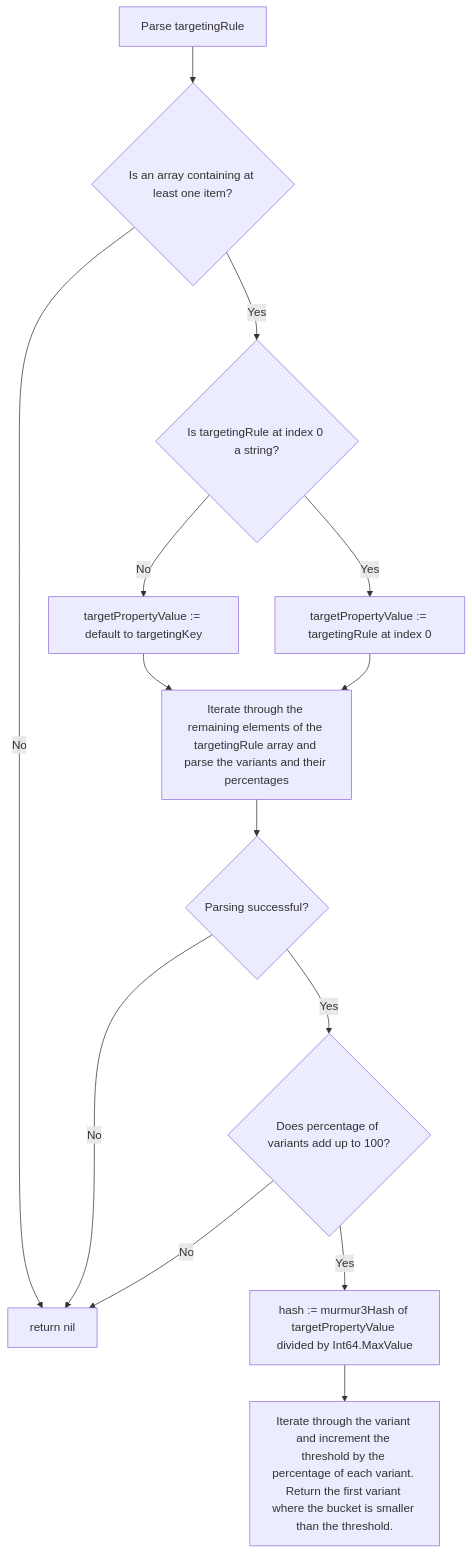
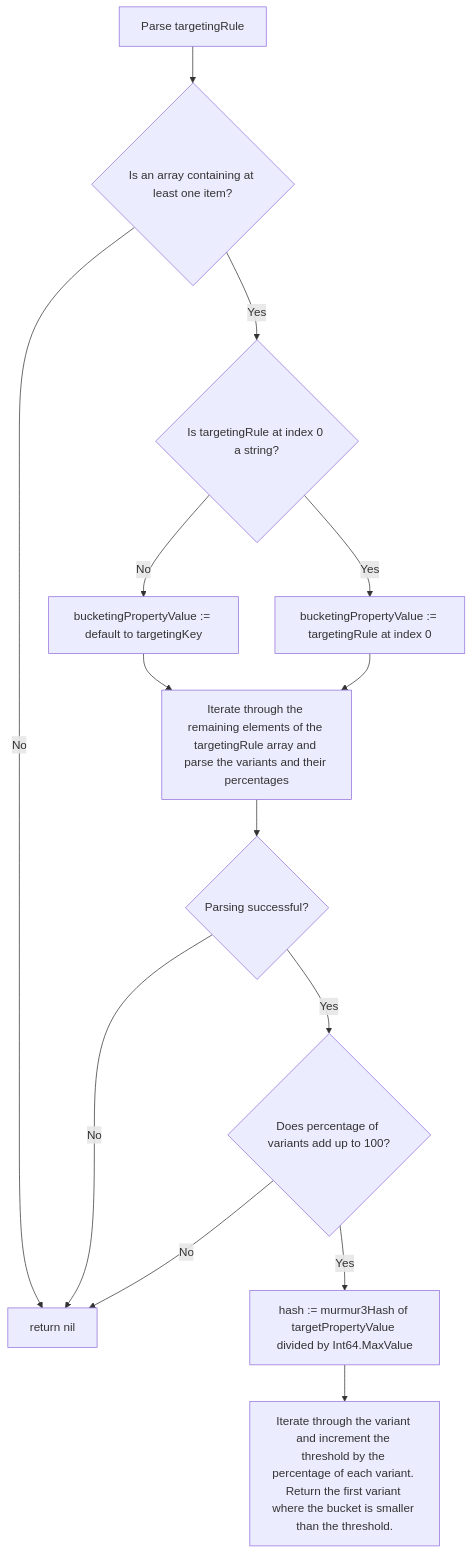
The diagram in docs/other_resources/in-process-providers/evaluators/fractional_evaluation.md (open-feature/flagd), drawn with Mermaid before and after one commit.

````diff
--- a/docs/other_resources/in-process-providers/evaluators/fractional_evaluation.md
+++ b/docs/other_resources/in-process-providers/evaluators/fractional_evaluation.md
@@ -60,16 +60,16 @@
 ```mermaid
 flowchart TD
 A[Parse targetingRule] --> B{Is an array containing at least one item?};
 B -- Yes --> C{Is targetingRule at index 0 a string?};
 B -- No --> D[return nil]
-C -- No --> E[targetPropertyValue := default to targetingKey];
-C -- Yes --> F[targetPropertyValue := targetingRule at index 0];
+C -- No --> E[bucketingPropertyValue := default to targetingKey];
+C -- Yes --> F[bucketingPropertyValue := targetingRule at index 0];
 E --> G[Iterate through the remaining elements of the targetingRule array and parse the variants and their percentages];
 F --> G;
 G --> H{Parsing successful?};
 H -- No --> D;
 H -- Yes --> I{Does percentage of variants add up to 100?};
 I -- No --> D;
 I -- Yes --> J[hash := murmur3Hash of targetPropertyValue divided by Int64.MaxValue]
 J --> K[Iterate through the variant and increment the threshold by the percentage of each variant. Return the first variant where the bucket is smaller than the threshold.]
 ```
````
